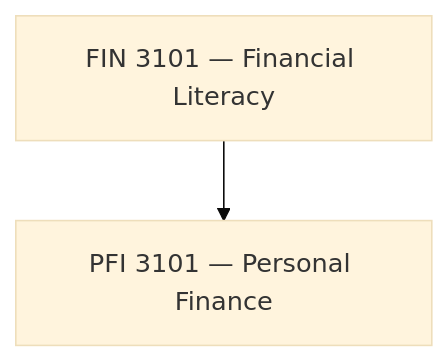
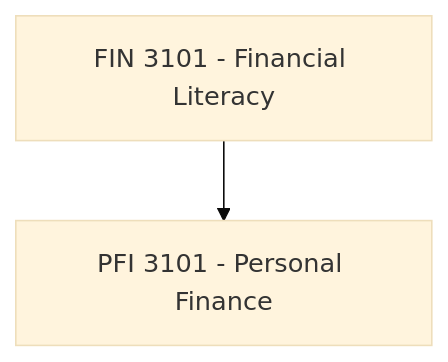
Before and after one commit to RIAHPathway/Website-Draft: diagram 13 of 29 in RIAH-PATHWAY-CURRICULUM-STRUCTURE/RIAH-PATHWAY-HIGH-SCHOOL-STRUCTURE/HIGH-SCHOOL-STRUCTURE.md, drawn with Mermaid (base theme). The commit also changed other lines of this file, not shown here.

Commit message:
Repair High School Mermaid rendering compatibility

````diff
--- a/RIAH-PATHWAY-CURRICULUM-STRUCTURE/RIAH-PATHWAY-HIGH-SCHOOL-STRUCTURE/HIGH-SCHOOL-STRUCTURE.md
+++ b/RIAH-PATHWAY-CURRICULUM-STRUCTURE/RIAH-PATHWAY-HIGH-SCHOOL-STRUCTURE/HIGH-SCHOOL-STRUCTURE.md
@@ -665,6 +665,6 @@
 ```mermaid
-flowchart TD
-    N0["FIN 3101 — Financial Literacy"]
-    N1["PFI 3101 — Personal Finance"]
+graph TD
+    N0["FIN 3101 - Financial Literacy"]
+    N1["PFI 3101 - Personal Finance"]
     N0 --> N1
 ```
````
